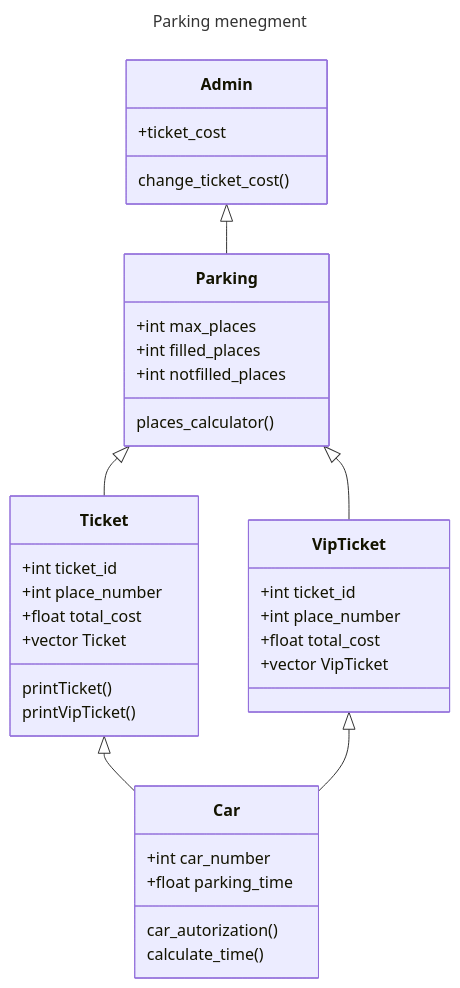
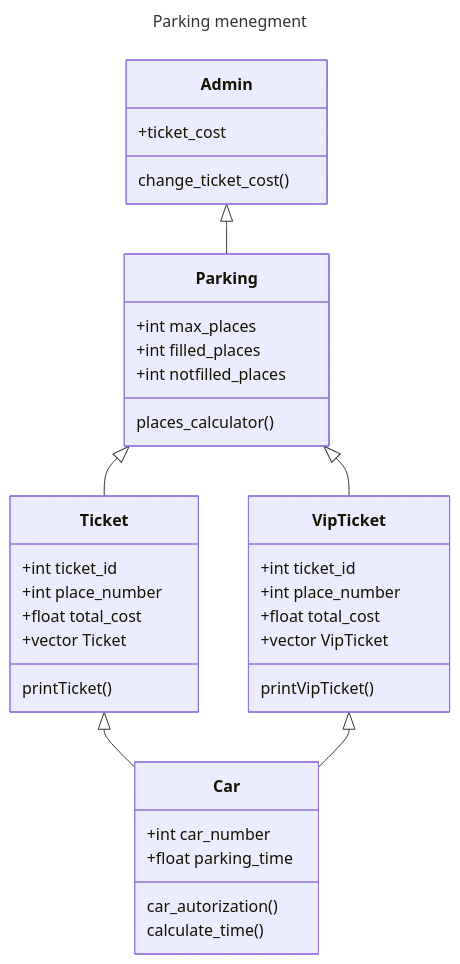
The diagram in diagram.md (alanarzumanjan/Parking), drawn with Mermaid before and after one commit. The commit also changed 2 other files, not shown here.

````diff
--- a/diagram.md
+++ b/diagram.md
@@ -1,43 +1,43 @@
 ```mermaid
 --- 
 title: Parking menegment
 ---
 classDiagram
     class Car
     Car : +int car_number
     Car : +float parking_time
     Car : car_autorization()
     Car : calculate_time()
 
     class Parking
     Parking : +int max_places
     Parking : +int filled_places
     Parking : +int notfilled_places
     Parking : places_calculator()
 
     class Ticket
     Ticket : +int ticket_id
     Ticket : +int place_number
     Ticket : +float total_cost
     Ticket : +vector Ticket
     Ticket : printTicket()
 
     class VipTicket
     VipTicket : +int ticket_id
     VipTicket : +int place_number
     VipTicket : +float total_cost
     VipTicket : +vector VipTicket
-    Ticket : printVipTicket()
+    VipTicket : printVipTicket()
     
     class Admin
     Admin : +ticket_cost
     Admin : change_ticket_cost()
     
 
     Ticket <|-- Car
     VipTicket <|-- Car
     Parking <|-- Ticket
     Parking <|-- VipTicket
     Admin <|-- Parking
     
 ```
````
